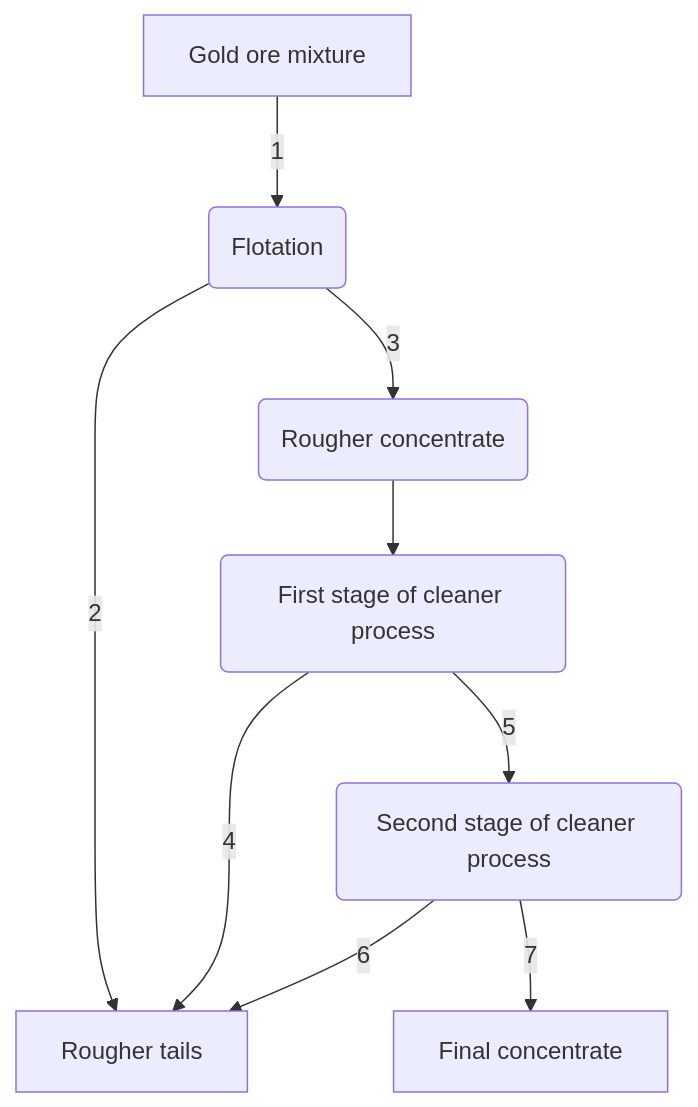
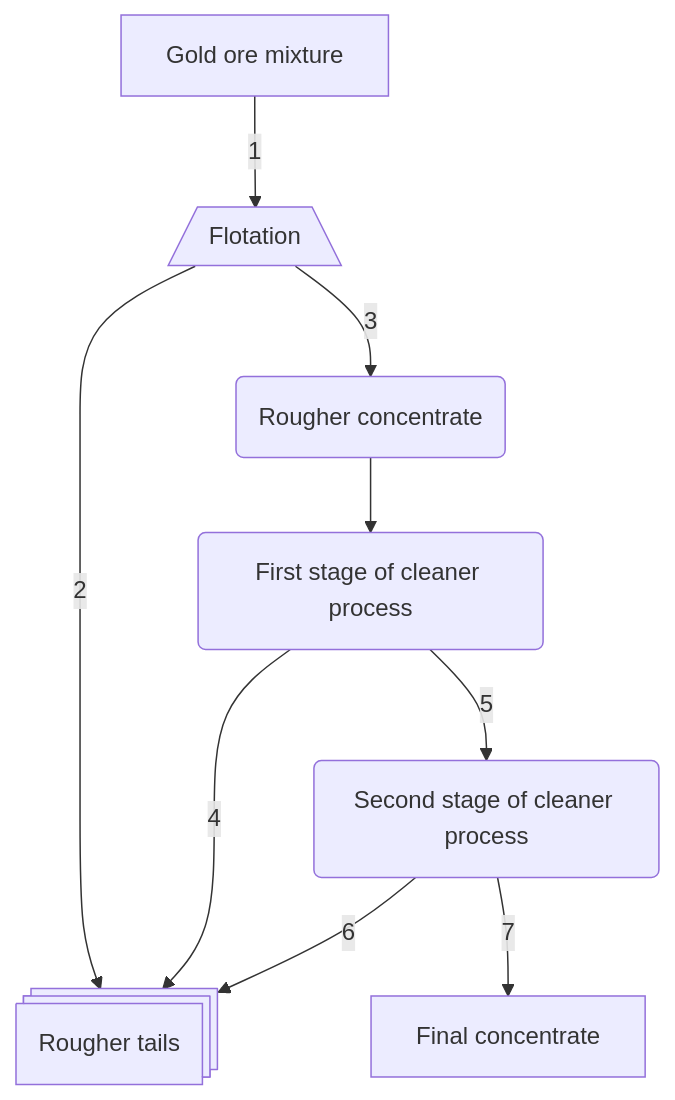
One commit to UmbertoFasci/Zyfra_Recovery_Optimization changed the third of 3 diagrams in README.md. Above: the diagram before and after it, drawn with Mermaid. The commit also changed other lines of this file, not shown here.

Commit message:
update process graphs

````diff
--- a/README.md
+++ b/README.md
@@ -85,11 +85,11 @@
 ```mermaid
 flowchart TD
-    A[Gold ore mixture] --> |1| B(Flotation)
+    A[Gold ore mixture] --> |1| B[/Flotation\]
     B --> |3| C(Rougher concentrate)
-    B --> |2| D[Rougher tails]
+    B --> |2| D@{ shape: procs, label: "Rougher tails" }
     C --> E(First stage of cleaner process)
     E --> |4| D
     E --> |5| F(Second stage of cleaner process)
     F --> |6| D
     F --> |7| G[Final concentrate]
 ```
````
